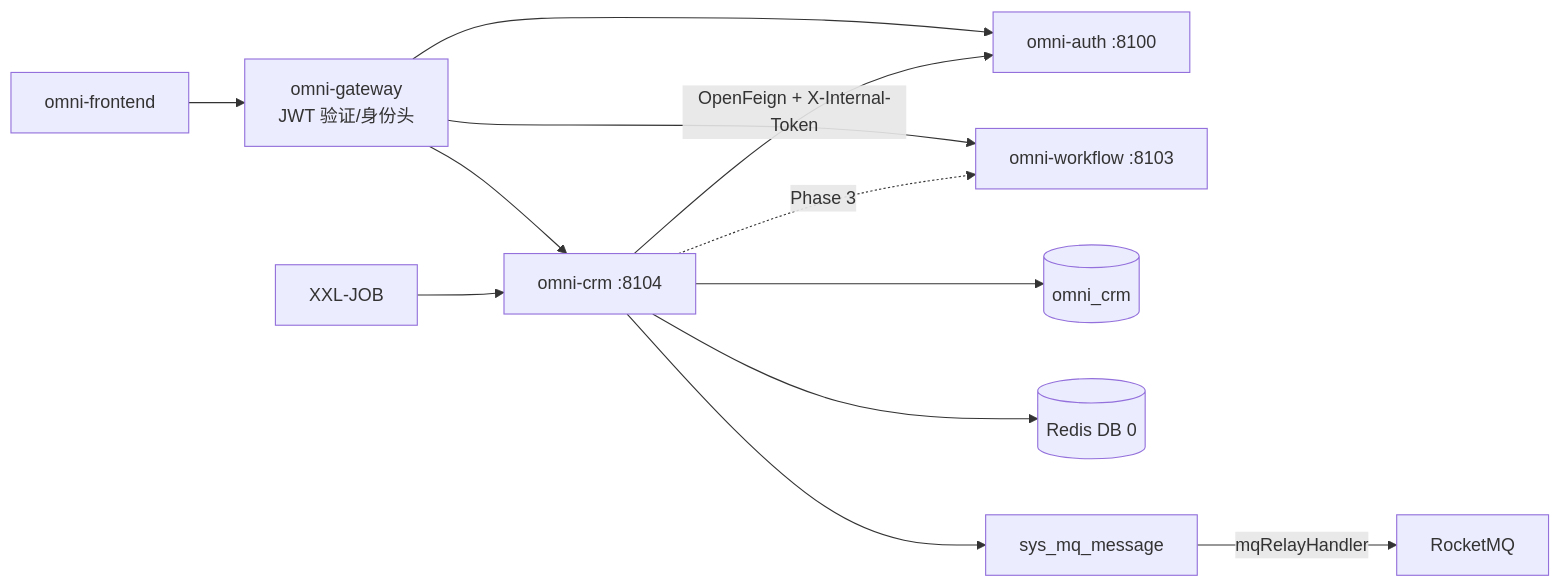
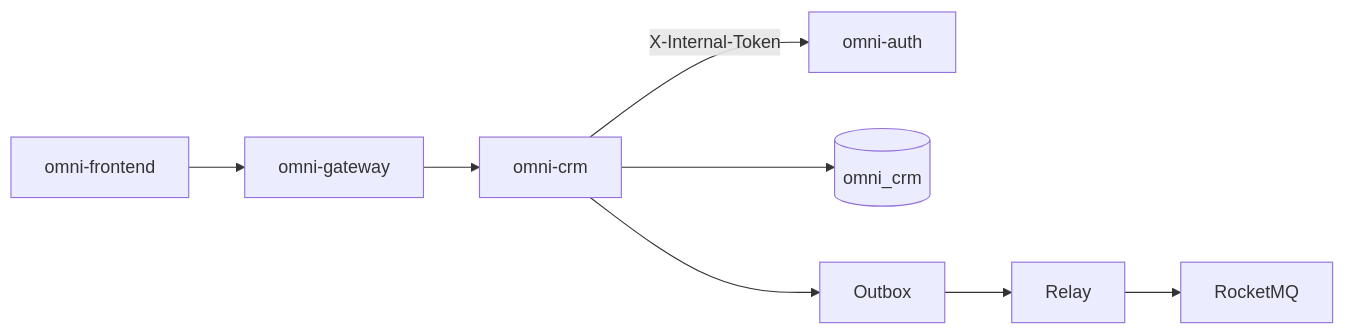
The first of 2 diagrams in docs/design/crm-design.md (wang-baohai/Omni-Stack), drawn with Mermaid before and after one commit. The commit also changed other lines of this file and 1095 other files, not shown here.

````diff
--- a/docs/design/crm-design.md
+++ b/docs/design/crm-design.md
@@ -71,14 +40,10 @@
 ```mermaid
 flowchart LR
-    UI["omni-frontend"] --> GW["omni-gateway<br/>JWT 验证/身份头"]
-    GW --> CRM["omni-crm :8104"]
-    GW --> AUTH["omni-auth :8100"]
-    GW --> WF["omni-workflow :8103"]
-    CRM -->|"OpenFeign + X-Internal-Token"| AUTH
+    UI["omni-frontend"] --> GW["omni-gateway"]
+    GW --> CRM["omni-crm"]
+    CRM -->|"X-Internal-Token"| AUTH["omni-auth"]
     CRM --> DB[("omni_crm")]
-    CRM --> R[("Redis DB 0")]
-    CRM --> O["sys_mq_message"]
-    O -->|"mqRelayHandler"| MQ["RocketMQ"]
-    XXL["XXL-JOB"] --> CRM
-    CRM -. "Phase 3" .-> WF
+    CRM --> O["Outbox"]
+    O --> R["Relay"]
+    R --> MQ["RocketMQ"]
 ```
````
